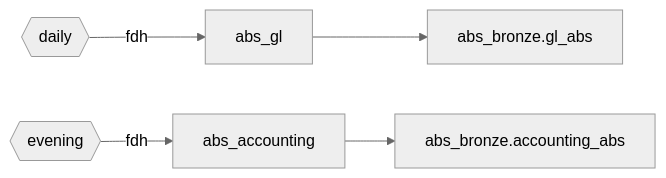
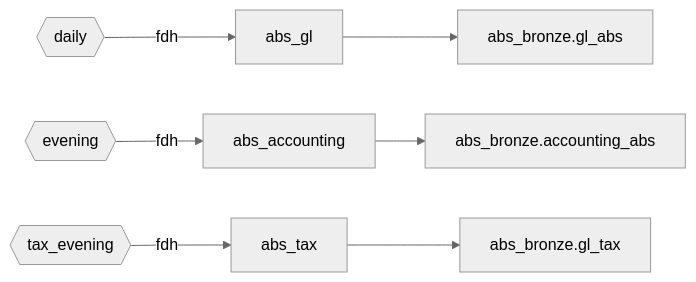
The diagram in framework_ingestion/SOURCE_MAP.md (NitinKeshavB/framework), drawn with Mermaid (neutral theme) before and after one commit. The commit also changed other lines of this file and 23 other files, not shown here.

````diff
--- a/framework_ingestion/SOURCE_MAP.md
+++ b/framework_ingestion/SOURCE_MAP.md
@@ -27,9 +29,12 @@
 ```mermaid
 flowchart LR
   abs_daily{{daily}}
   abs_evening{{evening}}
+  abs_tax_evening{{tax_evening}}
   abs_evening -->|fdh| abs_accounting[abs_accounting]
   abs_accounting --> abs_bronze_accounting_abs[abs_bronze.accounting_abs]
   abs_daily -->|fdh| abs_gl[abs_gl]
   abs_gl --> abs_bronze_gl_abs[abs_bronze.gl_abs]
+  abs_tax_evening -->|fdh| abs_tax[abs_tax]
+  abs_tax --> abs_bronze_gl_tax[abs_bronze.gl_tax]
 ```
````
